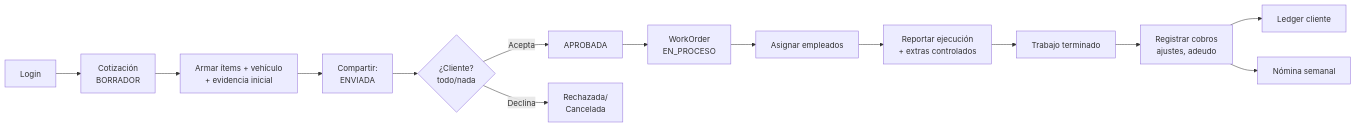
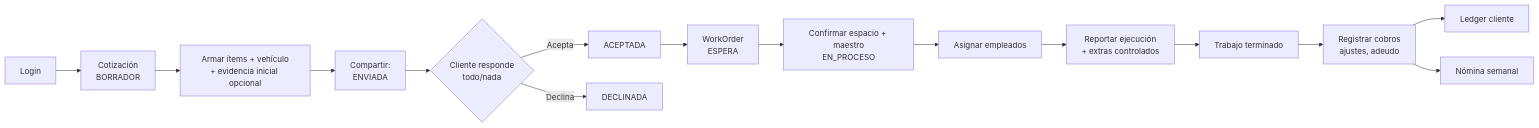
The diagram in DESIGN.md (pabcrz/sebasam-app), drawn with Mermaid before and after one commit. The commit also changed other lines of this file and 4 other files, not shown here.

````diff
--- a/DESIGN.md
+++ b/DESIGN.md
@@ -208,16 +208,17 @@
 ```mermaid
 flowchart LR
     A[Login] --> B[Cotización<br>BORRADOR]
-    B --> C[Armar ítems + vehículo<br>+ evidencia inicial]
+    B --> C[Armar ítems + vehículo<br>+ evidencia inicial opcional]
     C --> D[Compartir:<br>ENVIADA]
-    D --> E{¿Cliente?<br>todo/nada}
-    E -->|Acepta| F[APROBADA]
-    E -->|Declina| G[Rechazada/<br>Cancelada]
-    F --> H[WorkOrder<br>EN_PROCESO]
-    H --> I[Asignar empleados]
-    I --> J[Reportar ejecución<br>+ extras controlados]
-    J --> K[Trabajo terminado]
-    K --> L[Registrar cobros<br>ajustes, adeudo]
-    L --> M[Ledger cliente]
-    L --> N[Nómina semanal]
+    D --> E{Cliente responde<br>todo/nada}
+    E -->|Acepta| F[ACEPTADA]
+    E -->|Declina| G[DECLINADA]
+    F --> H[WorkOrder<br>ESPERA]
+    H --> I[Confirmar espacio + maestro<br>EN_PROCESO]
+    I --> J[Asignar empleados]
+    J --> K[Reportar ejecución<br>+ extras controlados]
+    K --> L[Trabajo terminado]
+    L --> M[Registrar cobros<br>ajustes, adeudo]
+    M --> N[Ledger cliente]
+    M --> O[Nómina semanal]
 ```
````
